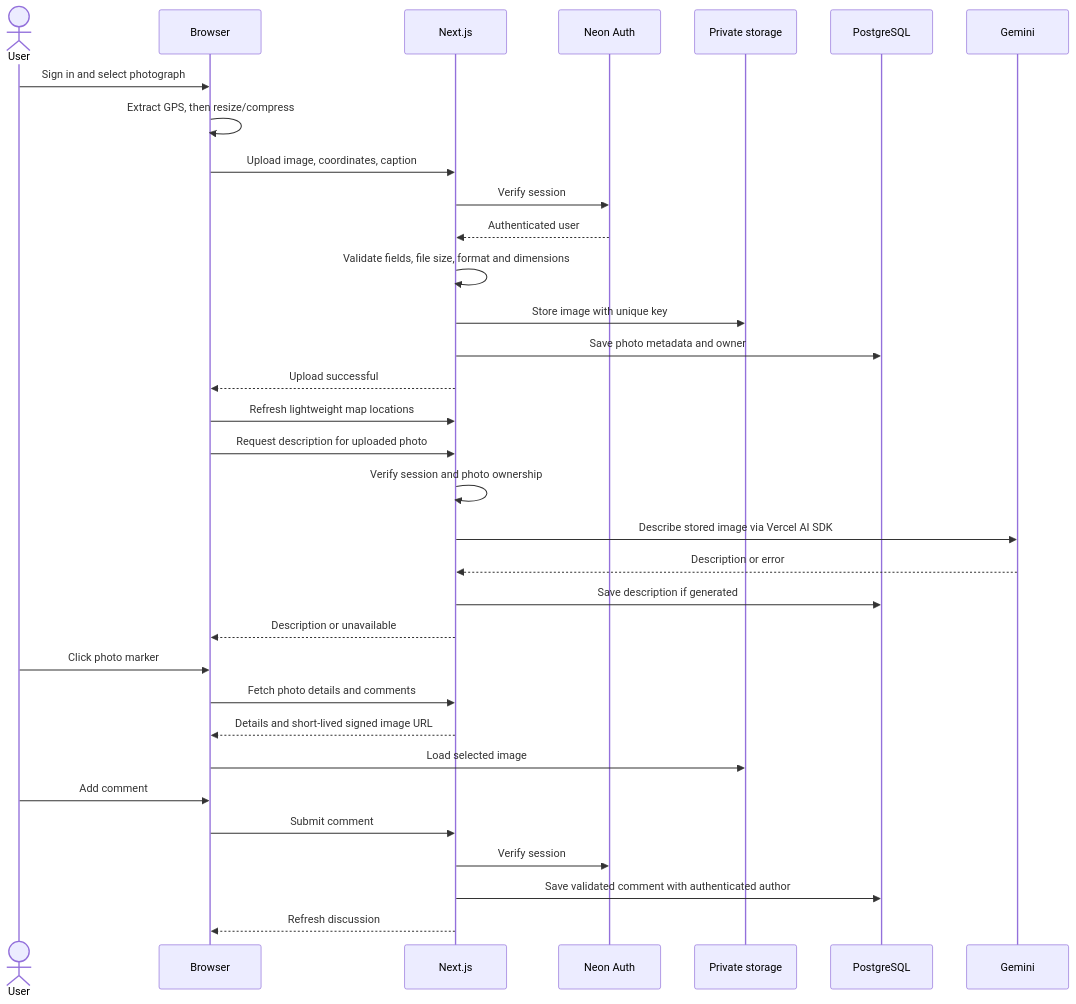
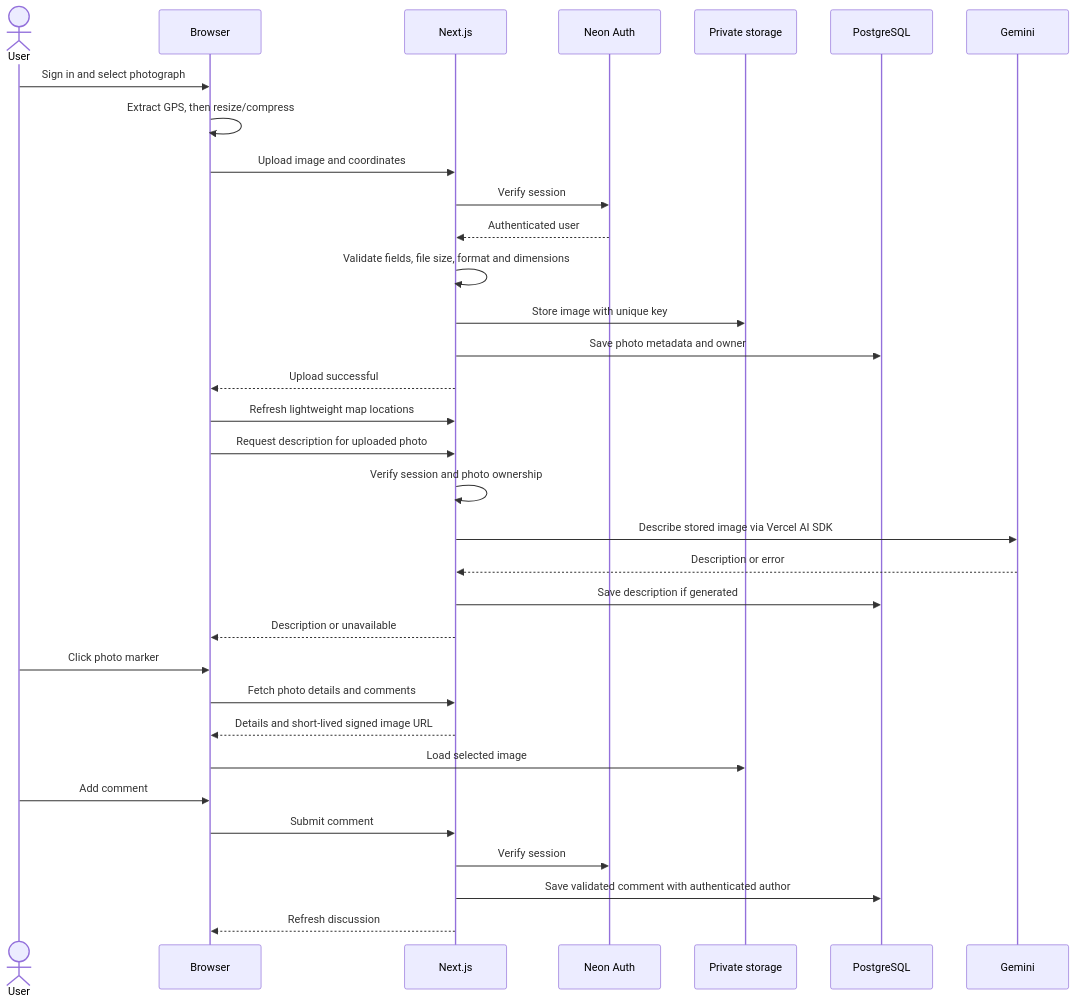
One commit to Ret2Hell/geotagged-photos changed the third of 3 diagrams in README.md. Above: the diagram before and after it, drawn with Mermaid. The commit also changed other lines of this file, not shown here.

````diff
--- a/README.md
+++ b/README.md
@@ -86,35 +122,35 @@
 ```mermaid
 sequenceDiagram
     actor User
     participant Browser
     participant App as Next.js
     participant Auth as Neon Auth
     participant Storage as Private storage
     participant DB as PostgreSQL
     participant Gemini
     User->>Browser: Sign in and select photograph
     Browser->>Browser: Extract GPS, then resize/compress
-    Browser->>App: Upload image, coordinates, caption
+    Browser->>App: Upload image and coordinates
     App->>Auth: Verify session
     Auth-->>App: Authenticated user
     App->>App: Validate fields, file size, format and dimensions
     App->>Storage: Store image with unique key
     App->>DB: Save photo metadata and owner
     App-->>Browser: Upload successful
     Browser->>App: Refresh lightweight map locations
     Browser->>App: Request description for uploaded photo
     App->>App: Verify session and photo ownership
     App->>Gemini: Describe stored image via Vercel AI SDK
     Gemini-->>App: Description or error
     App->>DB: Save description if generated
     App-->>Browser: Description or unavailable
     User->>Browser: Click photo marker
     Browser->>App: Fetch photo details and comments
     App-->>Browser: Details and short-lived signed image URL
     Browser->>Storage: Load selected image
     User->>Browser: Add comment
     Browser->>App: Submit comment
     App->>Auth: Verify session
     App->>DB: Save validated comment with authenticated author
     App-->>Browser: Refresh discussion
 ```
````
